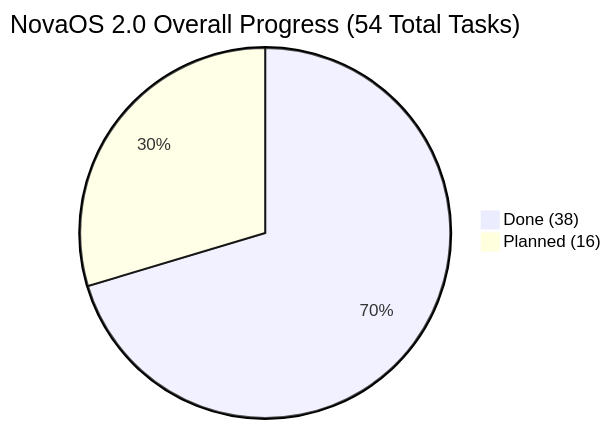
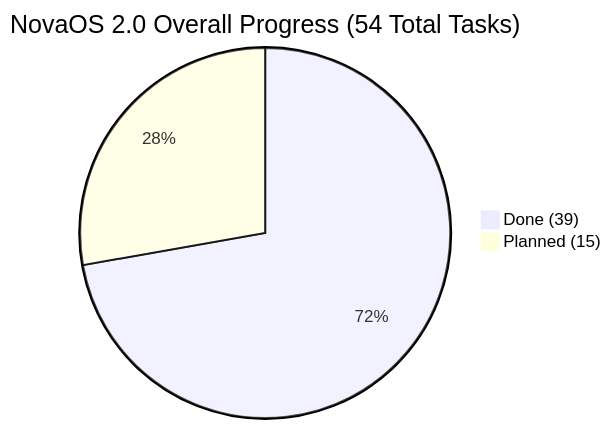
Before and after one commit to firoze-hossain/novaos: the diagram in NovaOS_Build_Plan.md, drawn with Mermaid. The commit also changed other lines of this file and 18 other files, not shown here.

````diff
--- a/NovaOS_Build_Plan.md
+++ b/NovaOS_Build_Plan.md
@@ -9,5 +9,5 @@
 ```mermaid
 pie title NovaOS 2.0 Overall Progress (54 Total Tasks)
-    "Done (38)" : 38
-    "Planned (16)" : 16
+    "Done (39)" : 39
+    "Planned (15)" : 15
 ```
````
